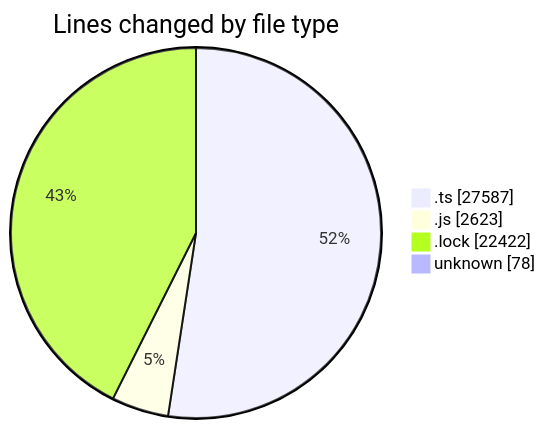
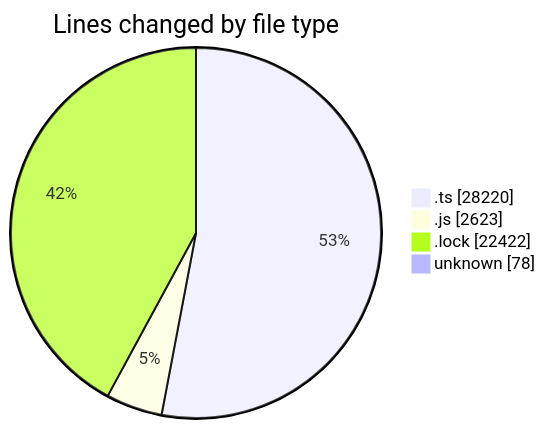
The first of 2 diagrams in 2025-05-20/cda/README.md (momahboobian/code-tracking), drawn with Mermaid before and after one commit. The commit also changed other lines of this file and 1 other file, not shown here.

````diff
--- a/2025-05-20/cda/README.md
+++ b/2025-05-20/cda/README.md
@@ -42,8 +42,8 @@
 ```mermaid
 pie showData
 title Lines changed by file type
-".ts" : 27587
+".ts" : 28220
 ".js" : 2623
 ".lock" : 22422
 "unknown" : 78
 ```
````
